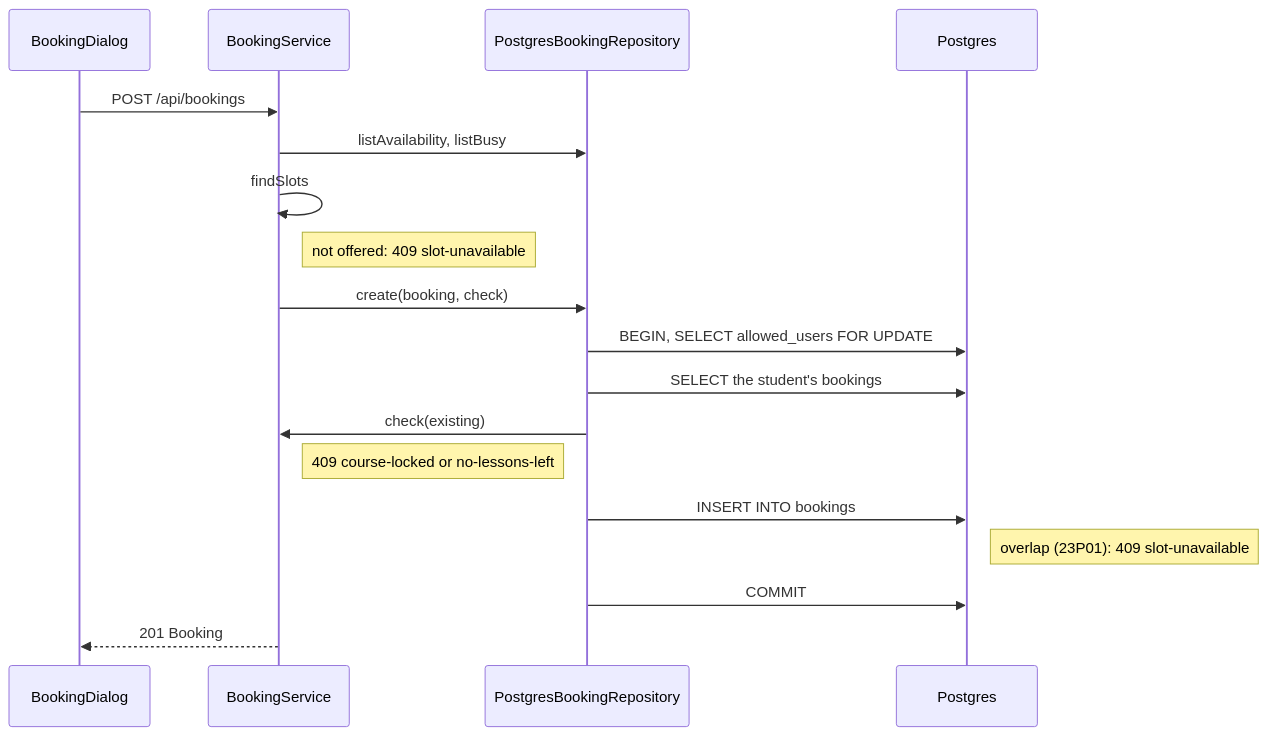
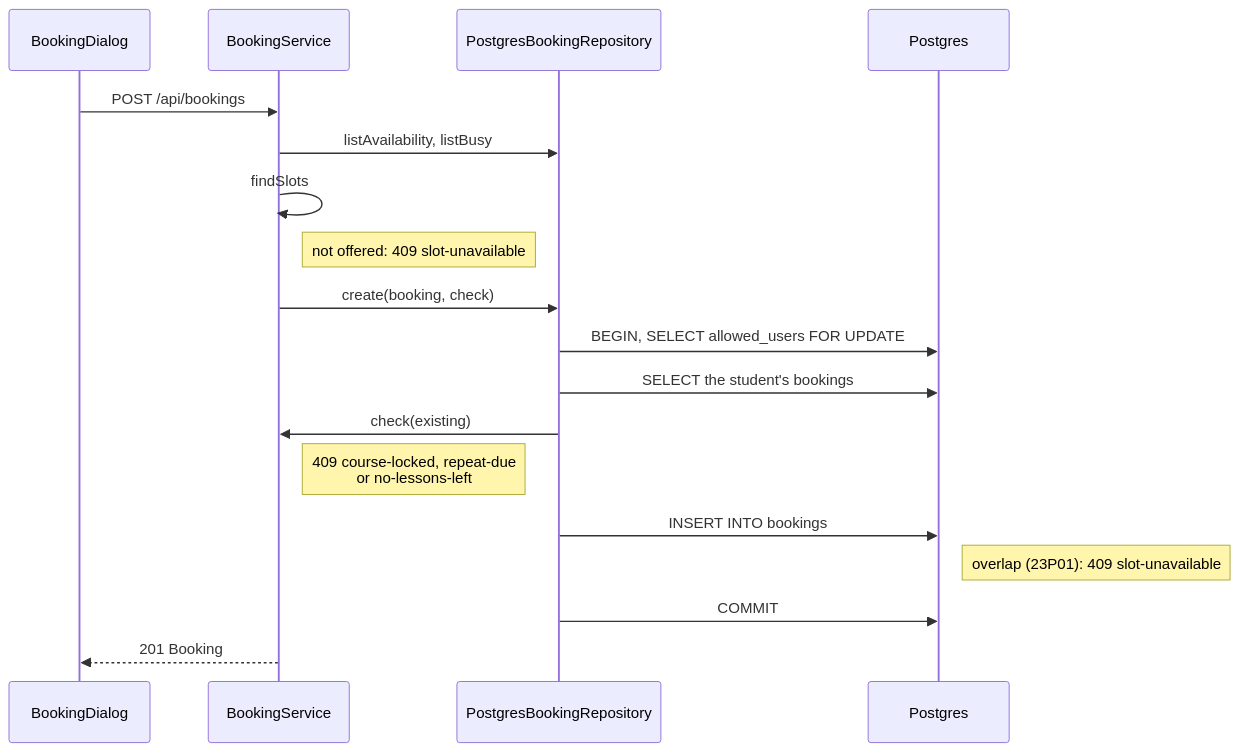
The fourth of 9 diagrams in ARCHITECTURE.md (Valiance-Studios/halo-drivers-ed), drawn with Mermaid before and after one commit. The commit also changed other lines of this file and 12 other files, not shown here.

````diff
--- a/ARCHITECTURE.md
+++ b/ARCHITECTURE.md
@@ -188,21 +188,21 @@
 ```mermaid
 sequenceDiagram
     participant D as BookingDialog
     participant S as BookingService
     participant R as PostgresBookingRepository
     participant P as Postgres
 
     D->>S: POST /api/bookings
     S->>R: listAvailability, listBusy
     S->>S: findSlots
     Note right of S: not offered: 409 slot-unavailable
     S->>R: create(booking, check)
     R->>P: BEGIN, SELECT allowed_users FOR UPDATE
     R->>P: SELECT the student's bookings
     R->>S: check(existing)
-    Note right of S: 409 course-locked or no-lessons-left
+    Note right of S: 409 course-locked, repeat-due<br/>or no-lessons-left
     R->>P: INSERT INTO bookings
     Note right of P: overlap (23P01): 409 slot-unavailable
     R->>P: COMMIT
     S-->>D: 201 Booking
 ```
````
